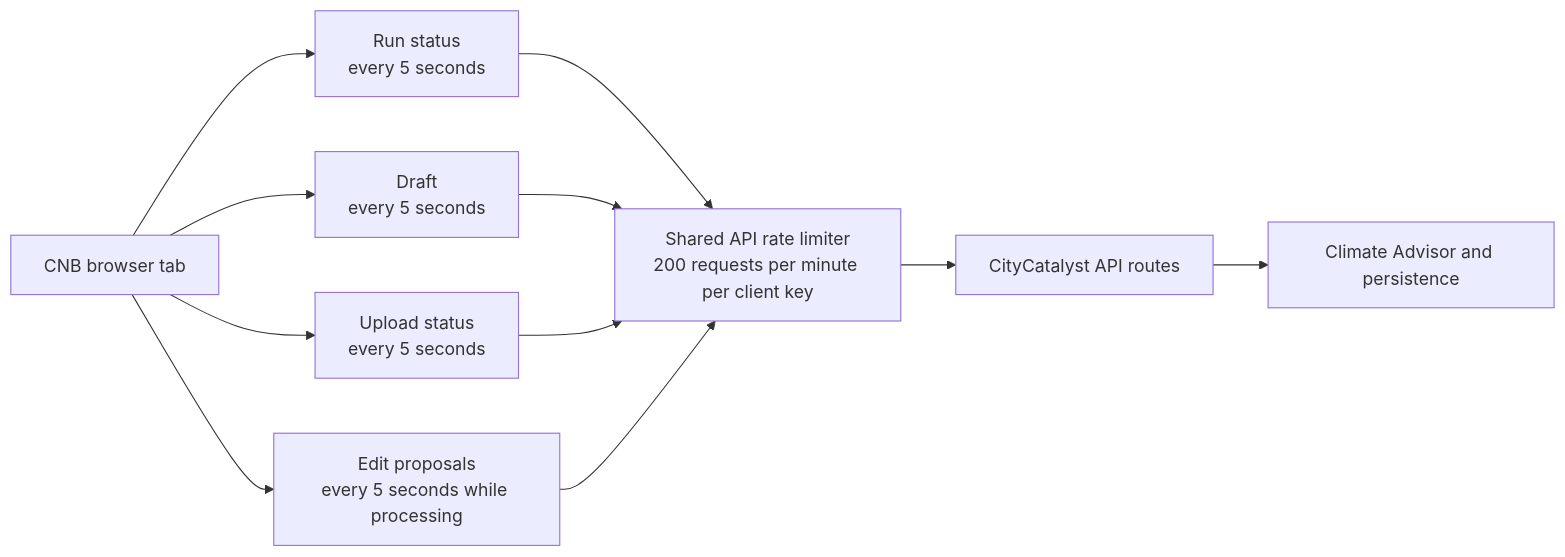
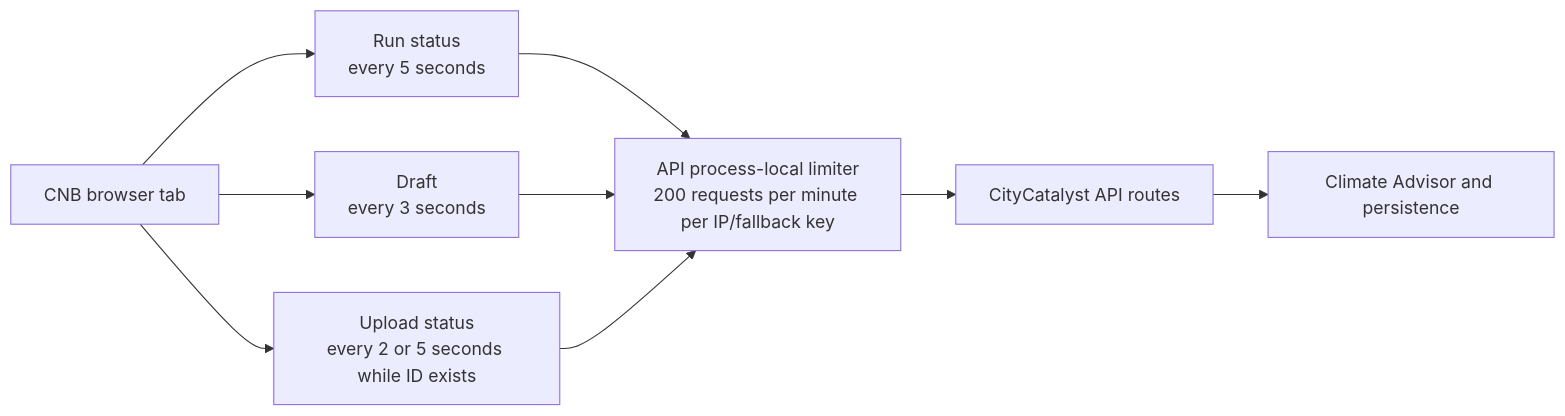
The first of 6 diagrams in docs/CNBChatOperationArchitecture.md (Open-Earth-Foundation/CityCatalyst), drawn with Mermaid before and after one commit. The commit also changed other lines of this file and 17 other files, not shown here.

````diff
--- a/docs/CNBChatOperationArchitecture.md
+++ b/docs/CNBChatOperationArchitecture.md
@@ -25,22 +50,19 @@
 ```mermaid
 flowchart LR
     B["CNB browser tab"]
     R["Run status<br/>every 5 seconds"]
-    D["Draft<br/>every 5 seconds"]
-    U["Upload status<br/>every 5 seconds"]
-    P["Edit proposals<br/>every 5 seconds while processing"]
-    L["Shared API rate limiter<br/>200 requests per minute per client key"]
+    D["Draft<br/>every 3 seconds"]
+    U["Upload status<br/>every 2 or 5 seconds while ID exists"]
+    L["API process-local limiter<br/>200 requests per minute per IP/fallback key"]
     API["CityCatalyst API routes"]
     CA["Climate Advisor and persistence"]
 
     B --> R
     B --> D
     B --> U
-    B --> P
     R --> L
     D --> L
     U --> L
-    P --> L
     L --> API
     API --> CA
 ```
````
